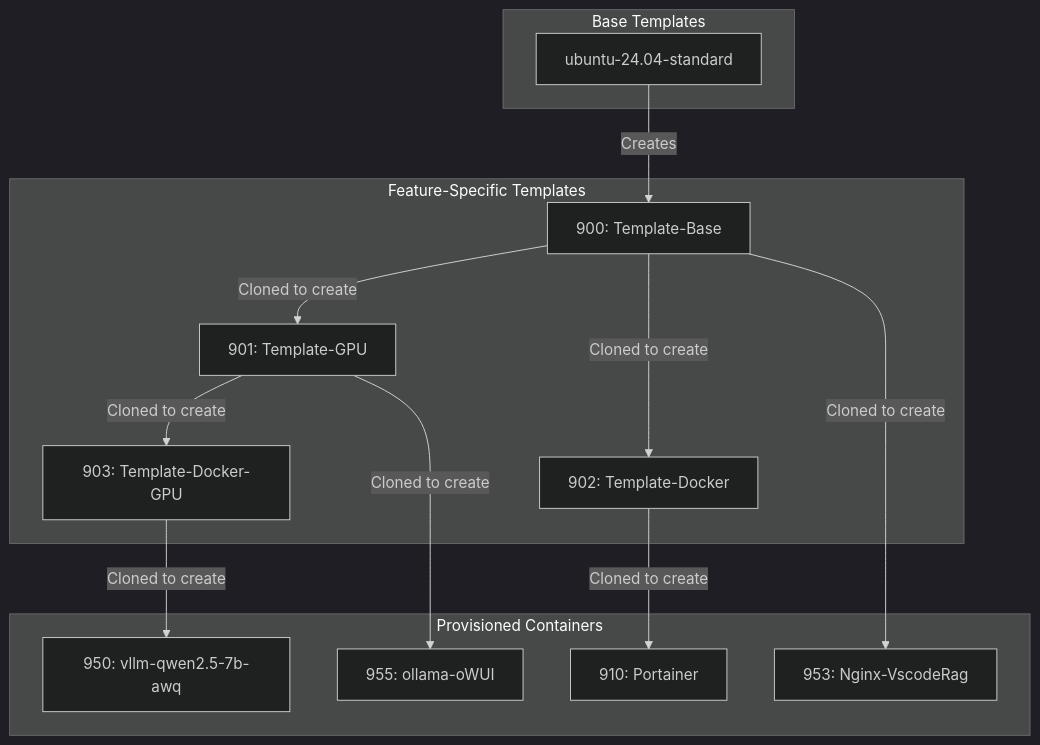
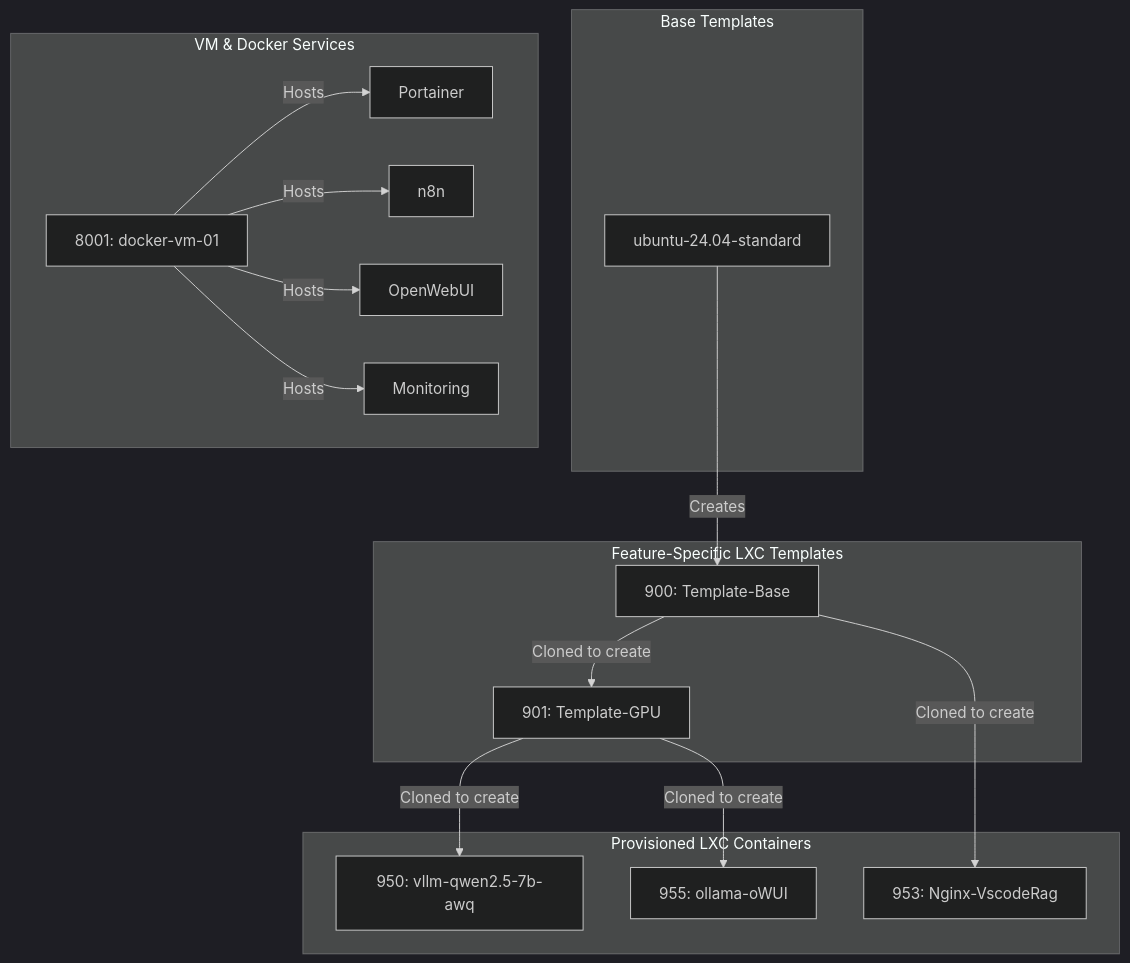
Before and after one commit to SirHeads/Testing-ideas: the fourth of 5 diagrams in Thinkheads.AI_docs/02_technical_strategy_and_architecture/26_phoenix_hypervisor_unified_architecture_guide.md, drawn with Mermaid (dark theme). The commit also changed other lines of this file and 19 other files, not shown here.

````diff
--- a/Thinkheads.AI_docs/02_technical_strategy_and_architecture/26_phoenix_hypervisor_unified_architecture_guide.md
+++ b/Thinkheads.AI_docs/02_technical_strategy_and_architecture/26_phoenix_hypervisor_unified_architecture_guide.md
@@ -218,30 +218,37 @@
 ```mermaid
 graph TD
     subgraph "Base Templates"
         T1[ubuntu-24.04-standard]
     end
 
-    subgraph "Feature-Specific Templates"
+    subgraph "Feature-Specific LXC Templates"
         T2[900: Template-Base]
         T3[901: Template-GPU]
-        T4[902: Template-Docker]
-        T5[903: Template-Docker-GPU]
     end
 
-    subgraph "Provisioned Containers"
+    subgraph "Provisioned LXC Containers"
         C1[950: vllm-qwen2.5-7b-awq]
         C2[953: Nginx-VscodeRag]
         C3[955: ollama-oWUI]
-        C4[910: Portainer]
+    end
+
+    subgraph "VM & Docker Services"
+        VM[8001: docker-vm-01]
+        Portainer["Portainer"]
+        N8N["n8n"]
+        OpenWebUI["OpenWebUI"]
+        Monitoring["Monitoring"]
     end
 
     T1 -- Creates --> T2
     T2 -- Cloned to create --> T3
-    T2 -- Cloned to create --> T4
-    T3 -- Cloned to create --> T5
 
-    T5 -- Cloned to create --> C1
+    T3 -- Cloned to create --> C1
     T2 -- Cloned to create --> C2
     T3 -- Cloned to create --> C3
-    T4 -- Cloned to create --> C4
+
+    VM -- Hosts --> Portainer
+    VM -- Hosts --> N8N
+    VM -- Hosts --> OpenWebUI
+    VM -- Hosts --> Monitoring
 ```
````
